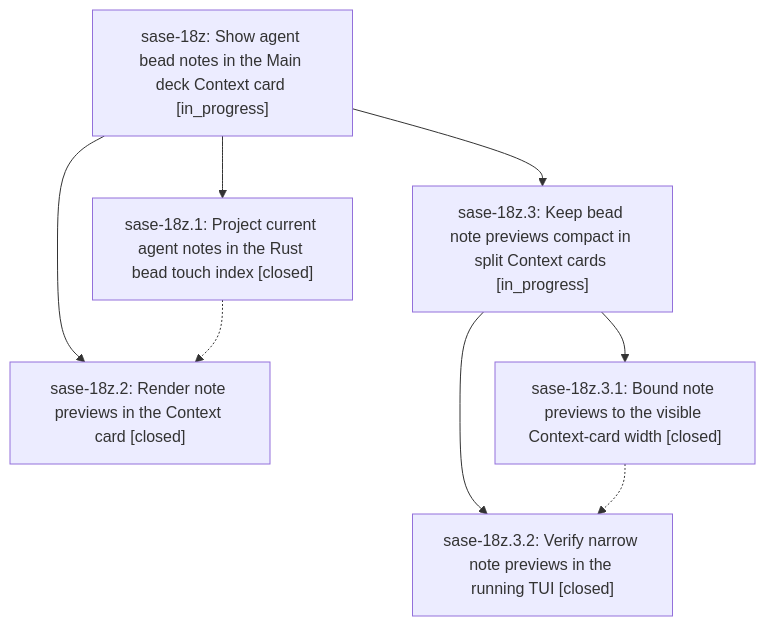
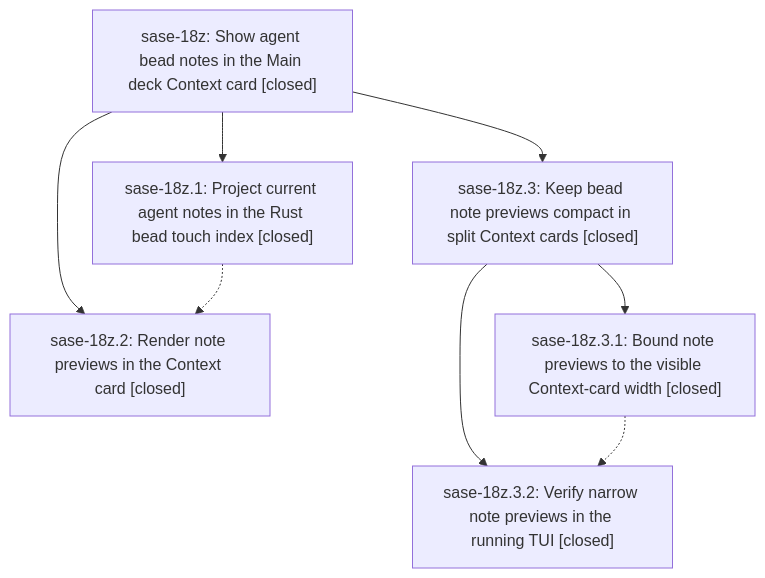
Before and after one commit to sase-org/sase--beads: the diagram in pages/sase-18z/README.md, drawn with Mermaid. The commit also changed other lines of this file and 2 other files, not shown here.

First line of the commit message:
chore(beads): sync bead state and pages for sase-18z

````diff
--- a/pages/sase-18z/README.md
+++ b/pages/sase-18z/README.md
@@ -27,16 +29,16 @@
 ```mermaid
 flowchart TD
-    n0["sase-18z: Show agent bead notes in the Main deck Context card [in_progress]"]
+    n0["sase-18z: Show agent bead notes in the Main deck Context card [closed]"]
     n1["sase-18z.1: Project current agent notes in the Rust bead touch index [closed]"]
     n2["sase-18z.2: Render note previews in the Context card [closed]"]
-    n3["sase-18z.3: Keep bead note previews compact in split Context cards [in_progress]"]
+    n3["sase-18z.3: Keep bead note previews compact in split Context cards [closed]"]
     n4["sase-18z.3.1: Bound note previews to the visible Context-card width [closed]"]
     n5["sase-18z.3.2: Verify narrow note previews in the running TUI [closed]"]
     n0 --> n1
     n0 --> n2
     n0 --> n3
     n3 --> n4
     n3 --> n5
     n1 -.-> n2
     n4 -.-> n5
 ```
````
